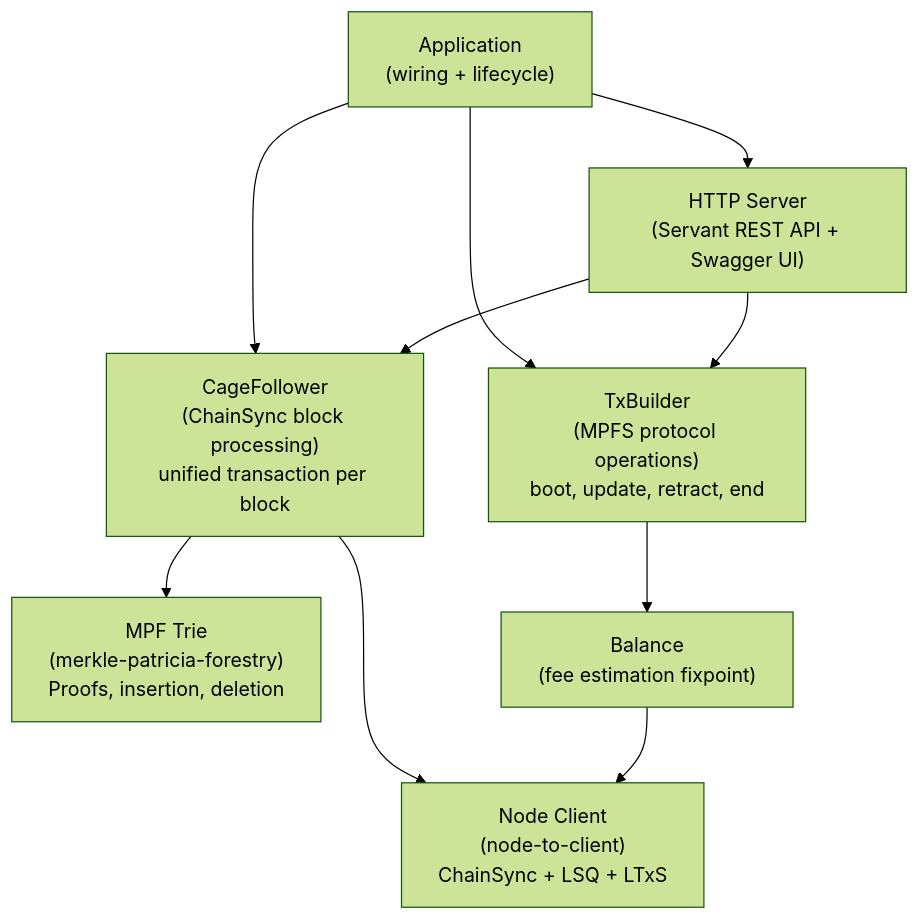
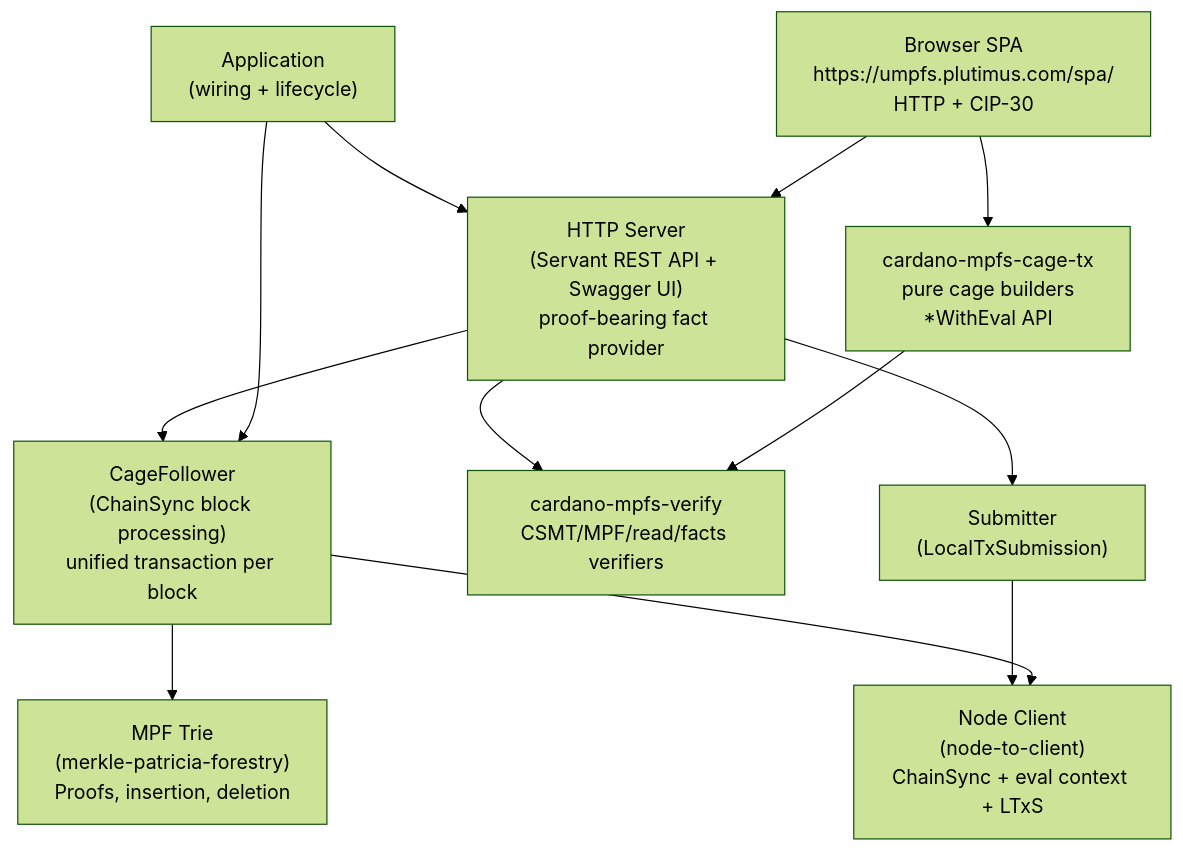
One commit to lambdasistemi/cardano-mpfs-offchain changed the first of 5 diagrams in docs/architecture/overview.md. Above: the diagram before and after it, drawn with Mermaid (forest theme). The commit also changed other lines of this file and 9 other files, not shown here.

````diff
--- a/docs/architecture/overview.md
+++ b/docs/architecture/overview.md
@@ -5,17 +5,23 @@
 ```mermaid
 flowchart TD
     app["Application<br/>(wiring + lifecycle)"]
-    http["HTTP Server<br/>(Servant REST API + Swagger UI)"]
+    http["HTTP Server<br/>(Servant REST API + Swagger UI)<br/>proof-bearing fact provider"]
     idx["CageFollower<br/>(ChainSync block processing)<br/>unified transaction per block"]
     mpf["MPF Trie<br/>(merkle-patricia-forestry)<br/>Proofs, insertion, deletion"]
-    txb["TxBuilder<br/>(MPFS protocol operations)<br/>boot, update, retract, end"]
-    bal["Balance<br/>(fee estimation fixpoint)"]
-    n2c["Node Client<br/>(node-to-client)<br/>ChainSync + LSQ + LTxS"]
+    verify["cardano-mpfs-verify<br/>CSMT/MPF/read/facts verifiers"]
+    cageTx["cardano-mpfs-cage-tx<br/>pure cage builders<br/>*WithEval API"]
+    spa["Browser SPA<br/>https://umpfs.plutimus.com/spa/<br/>HTTP + CIP-30"]
+    submit["Submitter<br/>(LocalTxSubmission)"]
+    n2c["Node Client<br/>(node-to-client)<br/>ChainSync + eval context + LTxS"]
 
     app --> http
-    http --> txb
+    http --> verify
     http --> idx
     app --> idx --> mpf
-    app --> txb --> bal --> n2c
+    spa --> http
+    spa --> cageTx
+    cageTx --> verify
+    http --> submit
+    submit --> n2c
     idx --> n2c
 ```
````
